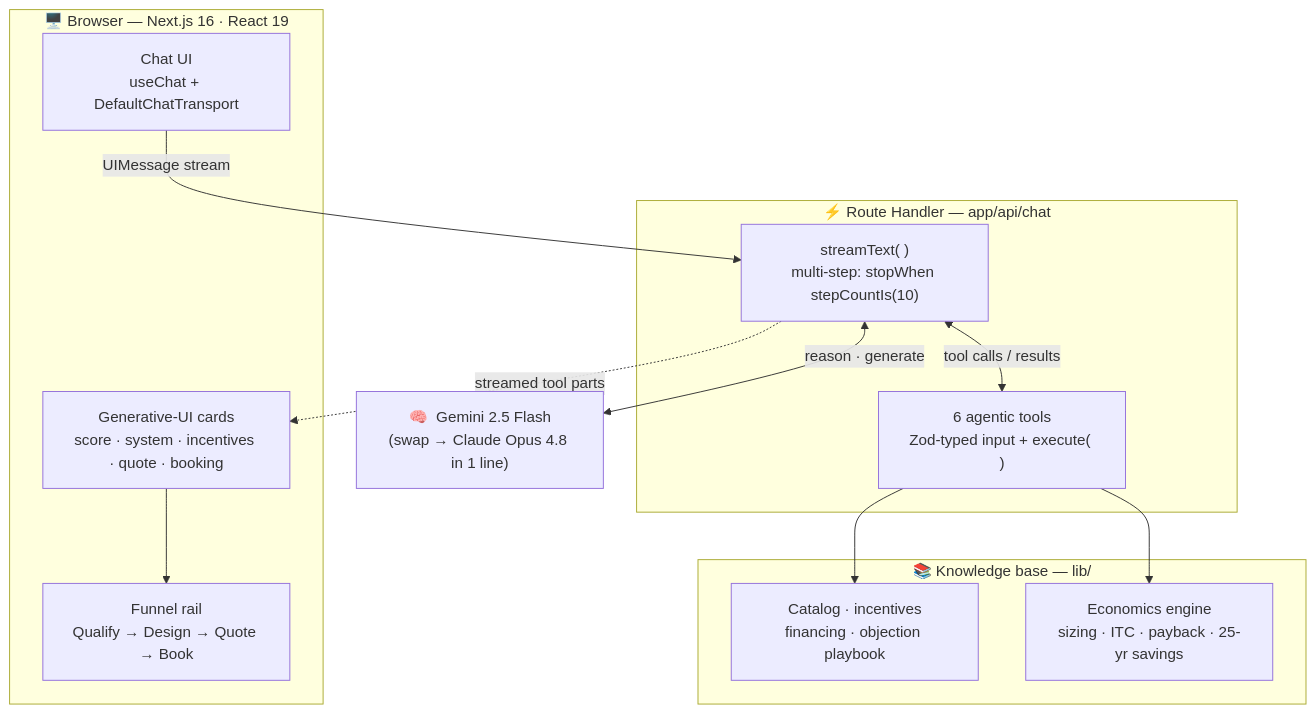
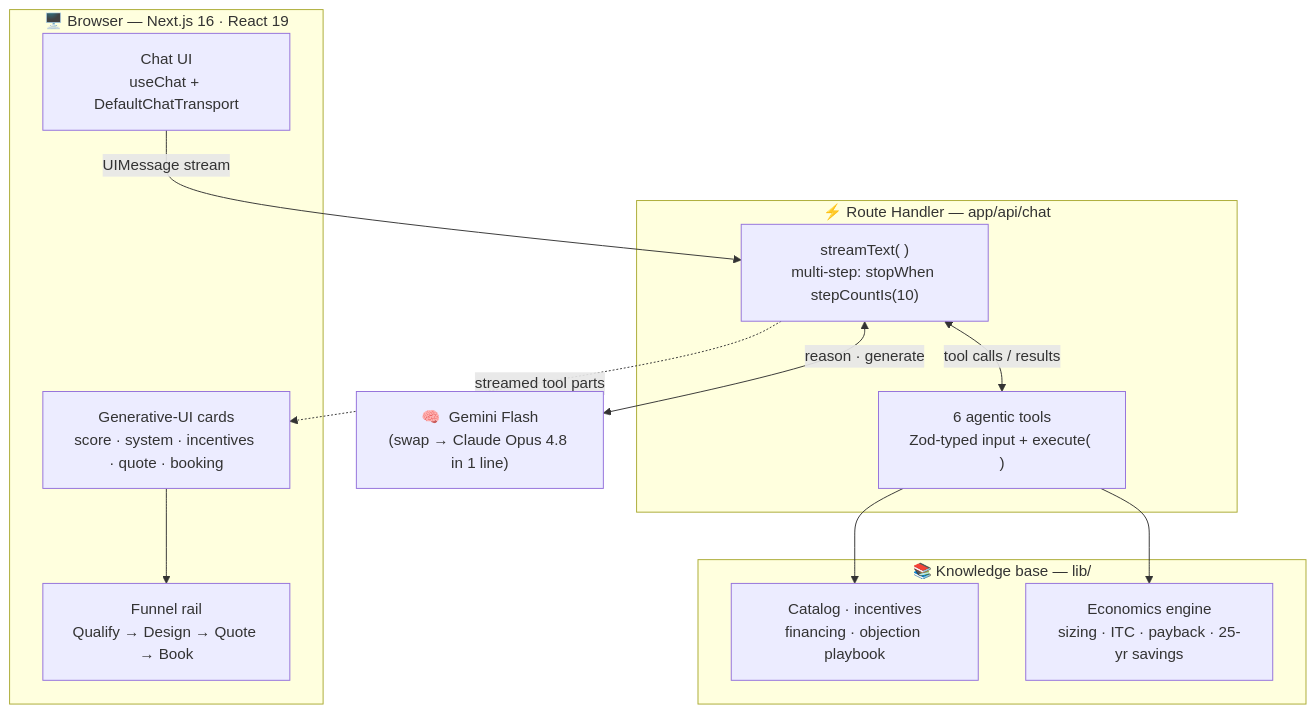
One commit to SaudSatopay/sunpath-solar changed the second of 7 diagrams in README.md. Above: the diagram before and after it, drawn with Mermaid. The commit also changed other lines of this file and 2 other files, not shown here.

Commit message:
fix: use gemini-flash-latest for free-tier quota headroom; sync README model refs

````diff
--- a/README.md
+++ b/README.md
@@ -98,28 +98,28 @@
 ```mermaid
 flowchart TB
     subgraph Client["🖥️  Browser — Next.js 16 · React 19"]
         UI["Chat UI<br/>useChat + DefaultChatTransport"]
         Cards["Generative-UI cards<br/>score · system · incentives · quote · booking"]
         Rail["Funnel rail<br/>Qualify → Design → Quote → Book"]
     end
 
     subgraph Server["⚡  Route Handler — app/api/chat"]
         Stream["streamText( )<br/>multi-step: stopWhen stepCountIs(10)"]
         Tools["6 agentic tools<br/>Zod-typed input + execute( )"]
     end
 
     subgraph KB["📚  Knowledge base — lib/"]
         Catalog["Catalog · incentives<br/>financing · objection playbook"]
         Econ["Economics engine<br/>sizing · ITC · payback · 25-yr savings"]
     end
 
-    Model["🧠  Gemini 2.5 Flash<br/>(swap → Claude Opus 4.8 in 1 line)"]
+    Model["🧠  Gemini Flash<br/>(swap → Claude Opus 4.8 in 1 line)"]
 
     UI -->|"UIMessage stream"| Stream
     Stream <-->|"reason · generate"| Model
     Stream <-->|"tool calls / results"| Tools
     Tools --> Catalog
     Tools --> Econ
     Stream -.->|"streamed tool parts"| Cards
     Cards --> Rail
 ```
````
